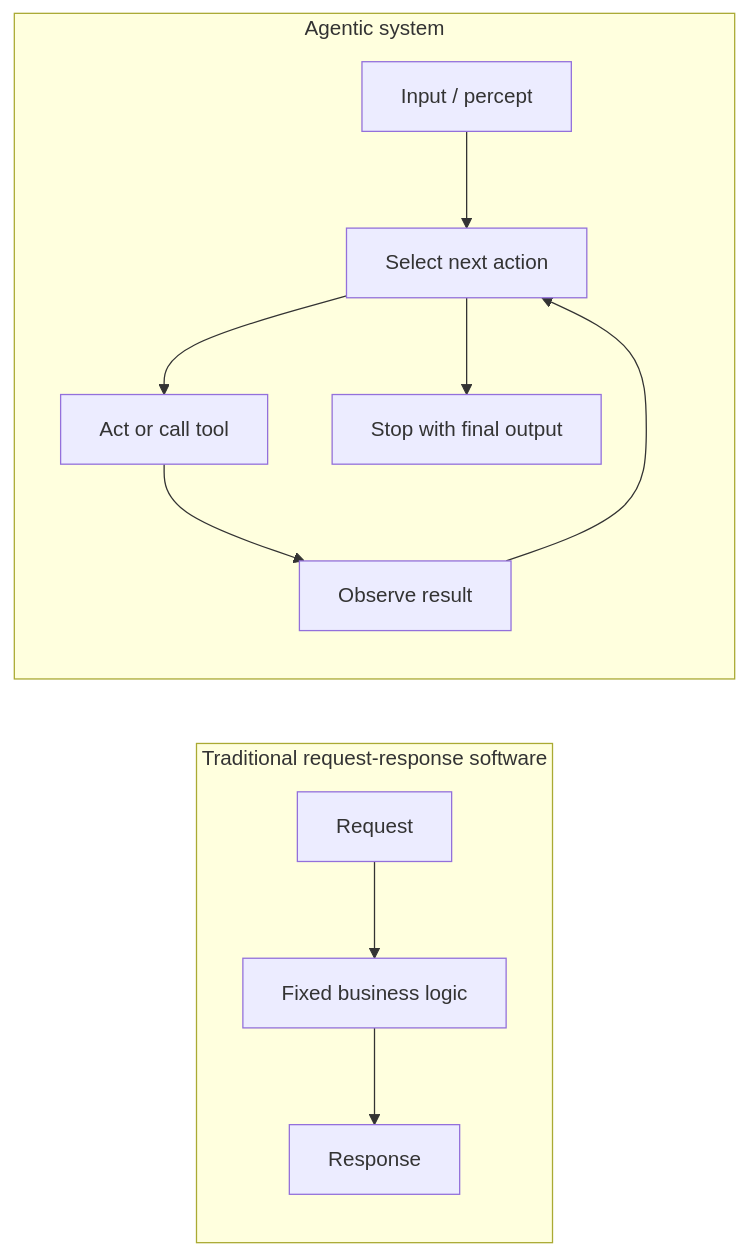
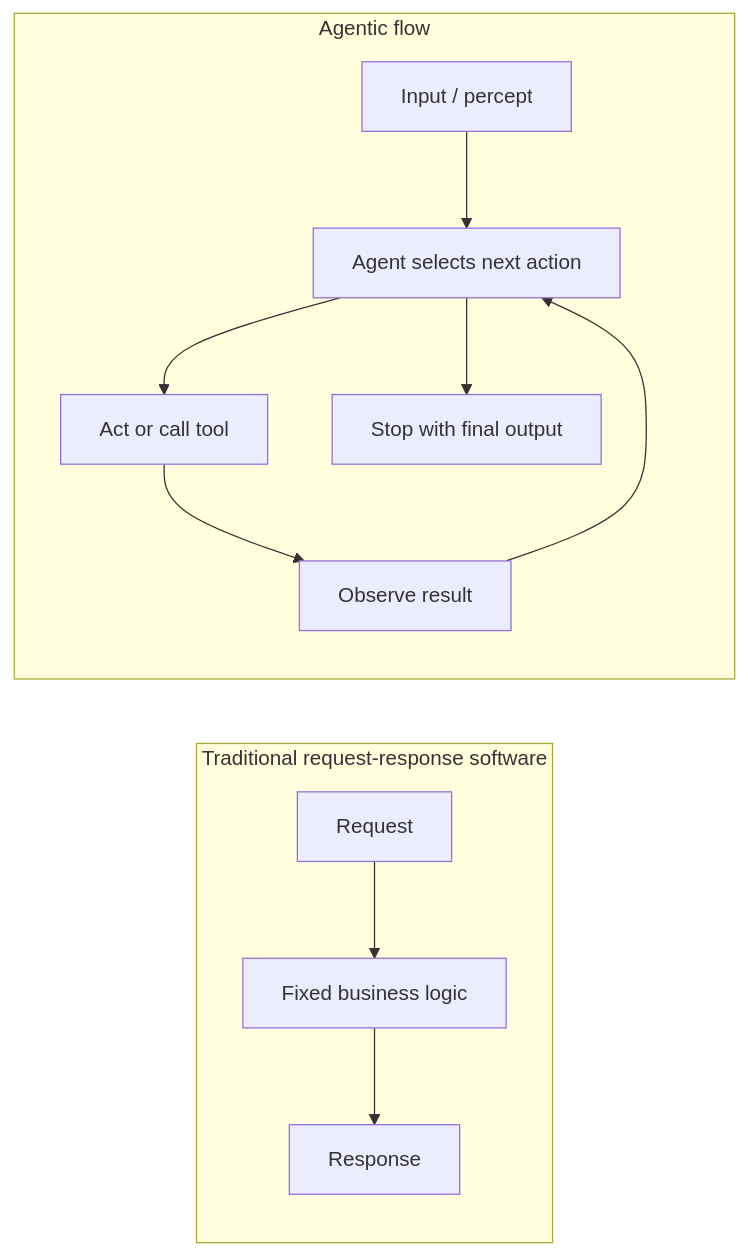
One commit to naren-allam/agents-beginners changed the fourth of 12 diagrams in book/chapters/chapter-01-understanding-agents-the-core-concept.md. Above: the diagram before and after it, drawn with Mermaid. The commit also changed other lines of this file and 28 other files, not shown here.

````diff
--- a/book/chapters/chapter-01-understanding-agents-the-core-concept.md
+++ b/book/chapters/chapter-01-understanding-agents-the-core-concept.md
@@ -119,15 +127,15 @@
 ```mermaid
 flowchart LR
     subgraph Traditional["Traditional request-response software"]
         Request["Request"] --> Logic["Fixed business logic"]
         Logic --> Response["Response"]
     end
 
-    subgraph Agentic["Agentic system"]
-        Input["Input / percept"] --> Decide["Select next action"]
+    subgraph Agentic["Agentic flow"]
+        Input["Input / percept"] --> Decide["Agent selects next action"]
         Decide --> Tool["Act or call tool"]
         Tool --> Observe["Observe result"]
         Observe --> Decide
         Decide --> Output["Stop with final output"]
     end
 ```
````
